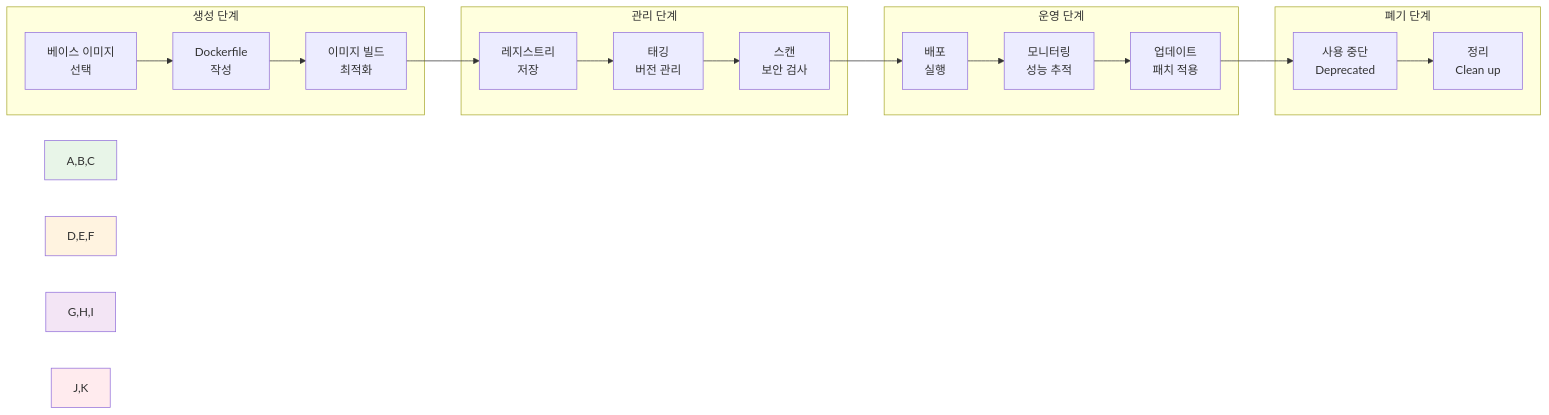
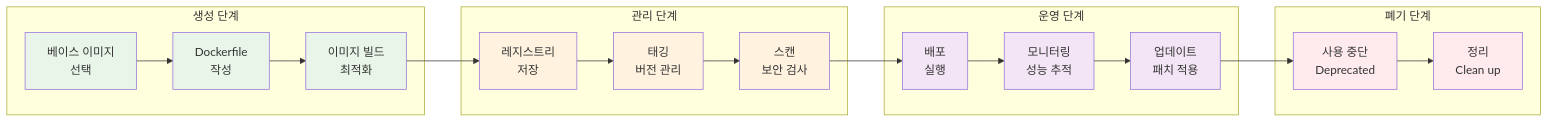
The seventh of 14 diagrams in theory/week_02/day4/README_corrected.md (niceguy61/kdt_devops_lecture_2025), drawn with Mermaid before and after one commit. The commit also changed other lines of this file and 63 other files, not shown here.

````diff
--- a/theory/week_02/day4/README_corrected.md
+++ b/theory/week_02/day4/README_corrected.md
@@ -254,30 +268,37 @@
 ```mermaid
 graph LR
     subgraph "생성 단계"
         A[베이스 이미지<br/>선택] --> B[Dockerfile<br/>작성]
         B --> C[이미지 빌드<br/>최적화]
     end
     
     subgraph "관리 단계"
         D[레지스트리<br/>저장] --> E[태깅<br/>버전 관리]
         E --> F[스캔<br/>보안 검사]
     end
     
     subgraph "운영 단계"
         G[배포<br/>실행] --> H[모니터링<br/>성능 추적]
         H --> I[업데이트<br/>패치 적용]
     end
     
     subgraph "폐기 단계"
         J[사용 중단<br/>Deprecated] --> K[정리<br/>Clean up]
     end
     
     C --> D
     F --> G
     I --> J
     
-    style A,B,C fill:#e8f5e8
-    style D,E,F fill:#fff3e0
-    style G,H,I fill:#f3e5f5
-    style J,K fill:#ffebee
+    style A fill:#e8f5e8
+    style B fill:#e8f5e8
+    style C fill:#e8f5e8
+    style D fill:#fff3e0
+    style E fill:#fff3e0
+    style F fill:#fff3e0
+    style G fill:#f3e5f5
+    style H fill:#f3e5f5
+    style I fill:#f3e5f5
+    style J fill:#ffebee
+    style K fill:#ffebee
 ```
````
